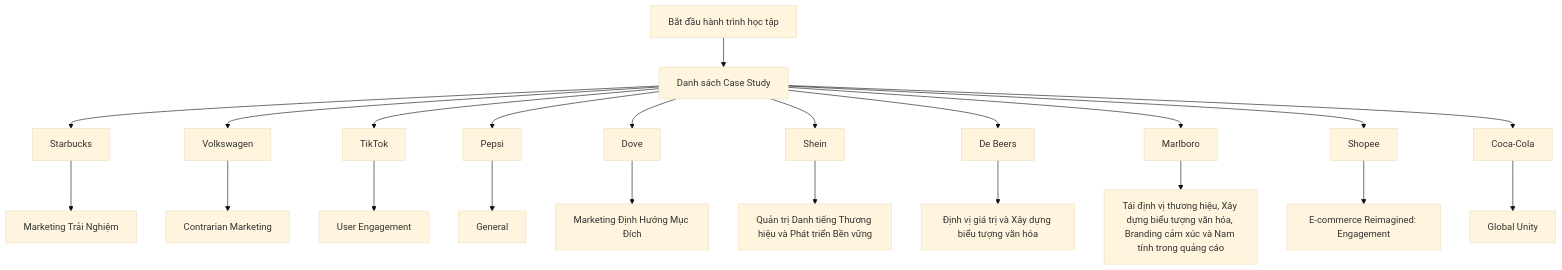
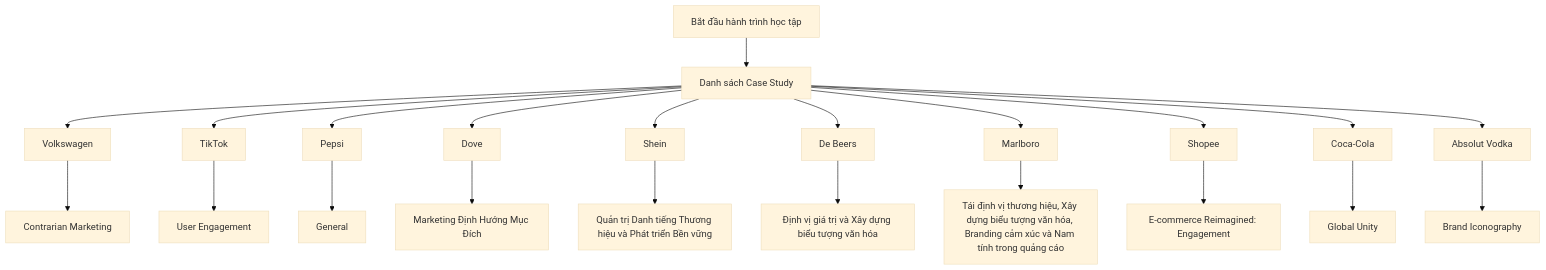
One commit to quy2003/daily-marketing-cases changed the diagram in README.md. Above: the diagram before and after it, drawn with Mermaid (base theme). The commit also changed other lines of this file and 3 other files, not shown here.

Commit message:
chore: auto-generate daily marketing case & podcast [skip ci]

````diff
--- a/README.md
+++ b/README.md
@@ -25,24 +25,24 @@
 ```mermaid
 graph TD
     Start[Bắt đầu hành trình học tập] --> DailyCases[Danh sách Case Study]
-    DailyCases --> Starbucks["Starbucks"]
-    Starbucks --> MarketingTriNghim["Marketing Trải Nghiệm"]
     DailyCases --> Volkswagen["Volkswagen"]
     Volkswagen --> ContrarianMarketing["Contrarian Marketing"]
     DailyCases --> TikTok["TikTok"]
     TikTok --> UserEngagement["User Engagement"]
     DailyCases --> Pepsi["Pepsi"]
     Pepsi --> General["General"]
     DailyCases --> Dove["Dove"]
     Dove --> MarketingnhHngMcch["Marketing Định Hướng Mục Đích"]
     DailyCases --> Shein["Shein"]
     Shein --> QuntrDanhtingThnghiuvPhttrinBnvng["Quản trị Danh tiếng Thương hiệu và Phát triển Bền vững"]
     DailyCases --> DeBeers["De Beers"]
     DeBeers --> nhvgitrvXydngbiutngvnha["Định vị giá trị và Xây dựng biểu tượng văn hóa"]
     DailyCases --> Marlboro["Marlboro"]
     Marlboro --> TinhvthnghiuXydngbiutngvnhaBrandingcmxcvNamtnhtrongqungco["Tái định vị thương hiệu, Xây dựng biểu tượng văn hóa, Branding cảm xúc và Nam tính trong quảng cáo"]
     DailyCases --> Shopee["Shopee"]
     Shopee --> EcommerceReimaginedEngagement["E-commerce Reimagined: Engagement"]
     DailyCases --> CocaCola["Coca-Cola"]
     CocaCola --> GlobalUnity["Global Unity"]
+    DailyCases --> AbsolutVodka["Absolut Vodka"]
+    AbsolutVodka --> BrandIconography["Brand Iconography"]
 ```
````
